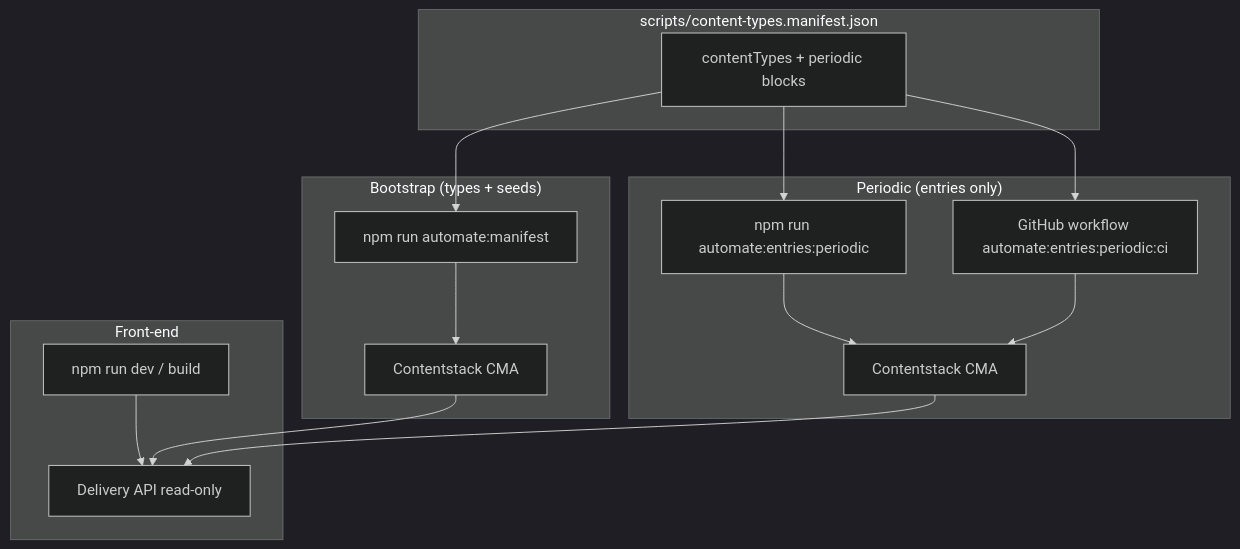
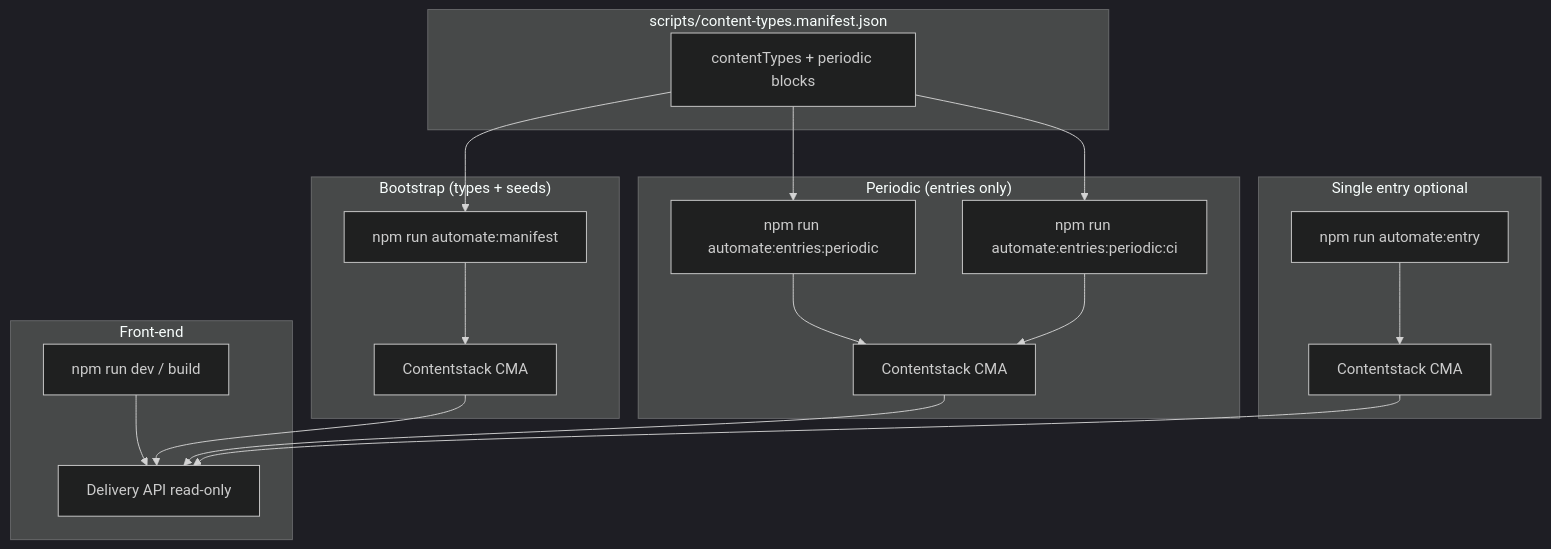
One commit to DiveshKumarChordia/top-url-website-making changed the second of 2 diagrams in README.md. Above: the diagram before and after it, drawn with Mermaid (dark theme). The commit also changed other lines of this file, not shown here.

Commit message:
docs: sync README diagrams and periodic copy with current manifest and scripts
Made-with: Cursor

````diff
--- a/README.md
+++ b/README.md
@@ -140,29 +142,35 @@
 ```mermaid
 flowchart TB
   subgraph Manifest["scripts/content-types.manifest.json"]
     CT[contentTypes + periodic blocks]
   end
 
   subgraph Bootstrap["Bootstrap (types + seeds)"]
     M[npm run automate:manifest]
     M --> CMA1[Contentstack CMA]
   end
 
   subgraph Periodic["Periodic (entries only)"]
     L[npm run automate:entries:periodic]
-    W[GitHub workflow automate:entries:periodic:ci]
+    W[npm run automate:entries:periodic:ci]
     L --> CMA2[Contentstack CMA]
     W --> CMA2
+  end
+
+  subgraph OneOff["Single entry optional"]
+    O[npm run automate:entry]
+    O --> CMA3[Contentstack CMA]
   end
 
   subgraph App["Front-end"]
     V[npm run dev / build]
     V --> DLA[Delivery API read-only]
   end
 
   CT --> M
   CT --> L
   CT --> W
   CMA1 --> DLA
   CMA2 --> DLA
+  CMA3 --> DLA
 ```
````
